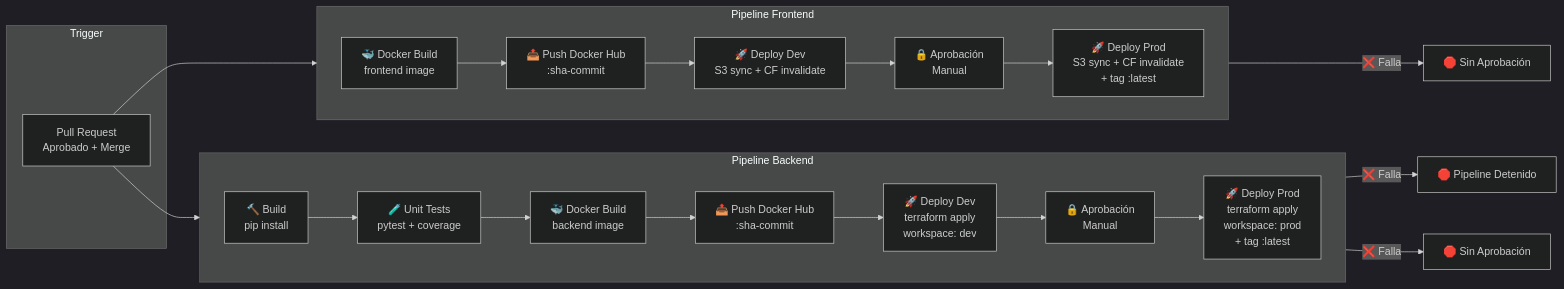
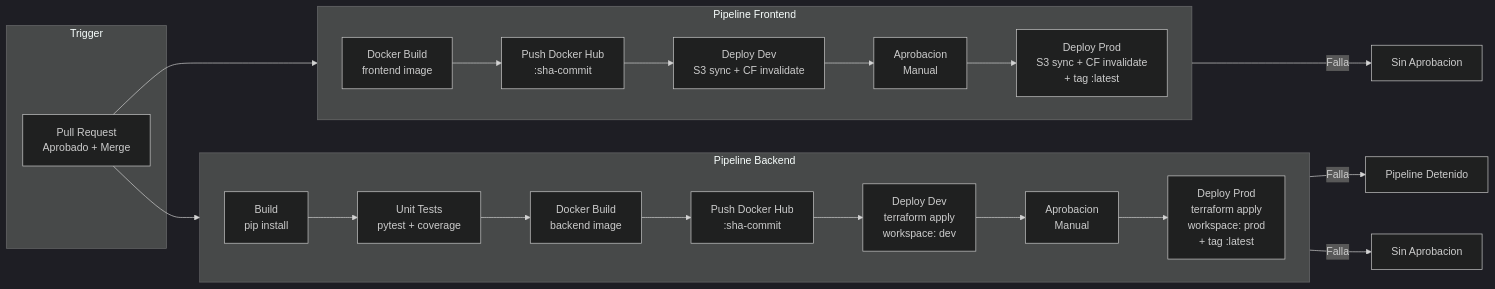
Before and after one commit to Danieltlacuache/DevOps_Project: the third of 6 diagrams in docs/design.md, drawn with Mermaid (dark theme). The commit also changed other lines of this file, not shown here.

````diff
--- a/docs/design.md
+++ b/docs/design.md
@@ -172,33 +172,33 @@
 ```mermaid
 flowchart LR
     subgraph "Trigger"
         PR[Pull Request<br/>Aprobado + Merge]
     end
 
     subgraph "Pipeline Backend"
         direction LR
-        BE_BUILD[🔨 Build<br/>pip install]
-        BE_TEST[🧪 Unit Tests<br/>pytest + coverage]
-        BE_DOCKER[🐳 Docker Build<br/>backend image]
-        BE_PUSH[📤 Push Docker Hub<br/>:sha-commit]
-        BE_DEV[🚀 Deploy Dev<br/>terraform apply<br/>workspace: dev]
-        BE_GATE[🔒 Aprobación<br/>Manual]
-        BE_PROD[🚀 Deploy Prod<br/>terraform apply<br/>workspace: prod<br/>+ tag :latest]
+        BE_BUILD[Build<br/>pip install]
+        BE_TEST[Unit Tests<br/>pytest + coverage]
+        BE_DOCKER[Docker Build<br/>backend image]
+        BE_PUSH[Push Docker Hub<br/>:sha-commit]
+        BE_DEV[Deploy Dev<br/>terraform apply<br/>workspace: dev]
+        BE_GATE[Aprobacion<br/>Manual]
+        BE_PROD[Deploy Prod<br/>terraform apply<br/>workspace: prod<br/>+ tag :latest]
     end
 
     subgraph "Pipeline Frontend"
         direction LR
-        FE_DOCKER[🐳 Docker Build<br/>frontend image]
-        FE_PUSH[📤 Push Docker Hub<br/>:sha-commit]
-        FE_DEV[🚀 Deploy Dev<br/>S3 sync + CF invalidate]
-        FE_GATE[🔒 Aprobación<br/>Manual]
-        FE_PROD[🚀 Deploy Prod<br/>S3 sync + CF invalidate<br/>+ tag :latest]
+        FE_DOCKER[Docker Build<br/>frontend image]
+        FE_PUSH[Push Docker Hub<br/>:sha-commit]
+        FE_DEV[Deploy Dev<br/>S3 sync + CF invalidate]
+        FE_GATE[Aprobacion<br/>Manual]
+        FE_PROD[Deploy Prod<br/>S3 sync + CF invalidate<br/>+ tag :latest]
     end
 
     PR --> BE_BUILD --> BE_TEST --> BE_DOCKER --> BE_PUSH --> BE_DEV --> BE_GATE --> BE_PROD
     PR --> FE_DOCKER --> FE_PUSH --> FE_DEV --> FE_GATE --> FE_PROD
 
-    BE_TEST -->|❌ Falla| STOP_BE[🛑 Pipeline Detenido]
-    BE_DEV -->|❌ Falla| STOP_BE2[🛑 Sin Aprobación]
-    FE_DEV -->|❌ Falla| STOP_FE[🛑 Sin Aprobación]
+    BE_TEST -->|Falla| STOP_BE[Pipeline Detenido]
+    BE_DEV -->|Falla| STOP_BE2[Sin Aprobacion]
+    FE_DEV -->|Falla| STOP_FE[Sin Aprobacion]
 ```
````
